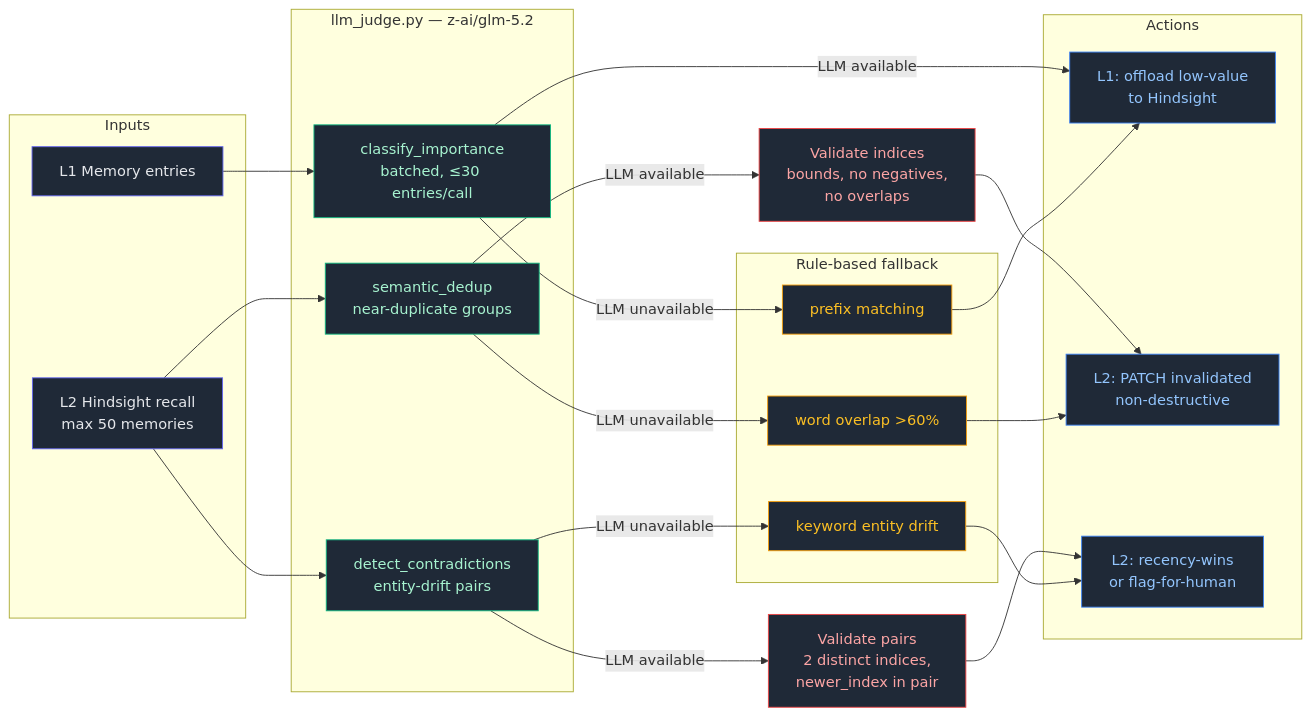
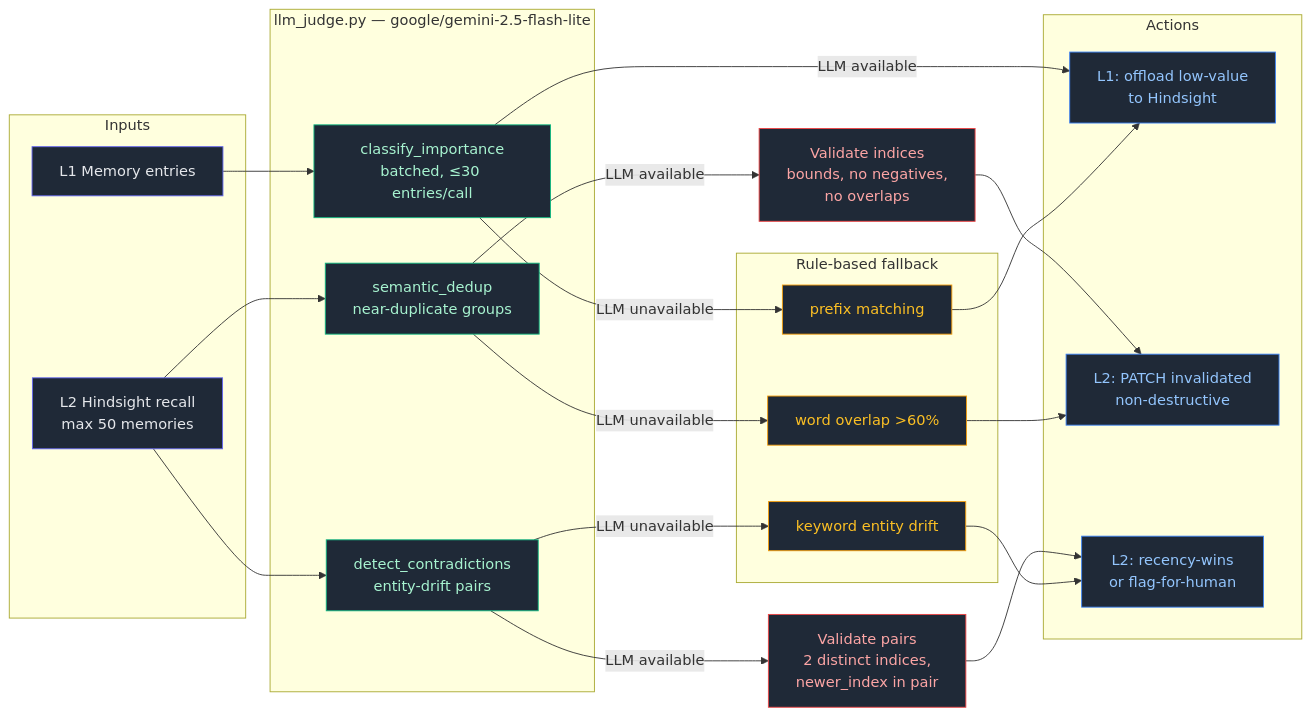
Before and after one commit to Green-Needle-Tech/agent-memory-optimization: the first of 2 diagrams in README.md, drawn with Mermaid. The commit also changed other lines of this file and 4 other files, not shown here.

First line of the commit message:
feat: switch llm-judge default model to gemini 2.5 flash lite

````diff
--- a/README.md
+++ b/README.md
@@ -90,54 +90,54 @@
 ```mermaid
 flowchart LR
     subgraph Inputs
         MEM1[L1 Memory entries]
         MEM2[L2 Hindsight recall<br/>max 50 memories]
     end
 
-    subgraph Judge["llm_judge.py — z-ai/glm-5.2"]
+    subgraph Judge["llm_judge.py — google/gemini-2.5-flash-lite"]
         IC[classify_importance<br/>batched, ≤30 entries/call]
         SD[semantic_dedup<br/>near-duplicate groups]
         CD[detect_contradictions<br/>entity-drift pairs]
     end
 
     subgraph Fallback["Rule-based fallback"]
         FB1[prefix matching]
         FB2[word overlap >60%]
         FB3[keyword entity drift]
     end
 
     subgraph Actions
         A1[L1: offload low-value<br/>to Hindsight]
         A2[L2: PATCH invalidated<br/>non-destructive]
         A3[L2: recency-wins<br/>or flag-for-human]
     end
 
     MEM1 --> IC
     MEM2 --> SD
     MEM2 --> CD
 
     IC -- LLM available --> A1
     SD -- LLM available --> VAL1[Validate indices<br/>bounds, no negatives,<br/>no overlaps]
     CD -- LLM available --> VAL2[Validate pairs<br/>2 distinct indices,<br/>newer_index in pair]
     VAL1 --> A2
     VAL2 --> A3
 
     IC -- LLM unavailable --> FB1
     SD -- LLM unavailable --> FB2
     CD -- LLM unavailable --> FB3
 
     FB1 --> A1
     FB2 --> A2
     FB3 --> A3
 
     classDef input fill:#1f2937,stroke:#6366f1,color:#e5e7eb
     classDef judge fill:#1f2937,stroke:#10b981,color:#a7f3d0
     classDef fallback fill:#1f2937,stroke:#f59e0b,color:#fbbf24
     classDef action fill:#1f2937,stroke:#3b82f6,color:#93c5fd
     classDef validate fill:#1f2937,stroke:#ef4444,color:#fca5a5
     class MEM1,MEM2 input
     class IC,SD,CD judge
     class FB1,FB2,FB3 fallback
     class A1,A2,A3 action
     class VAL1,VAL2 validate
 ```
````
